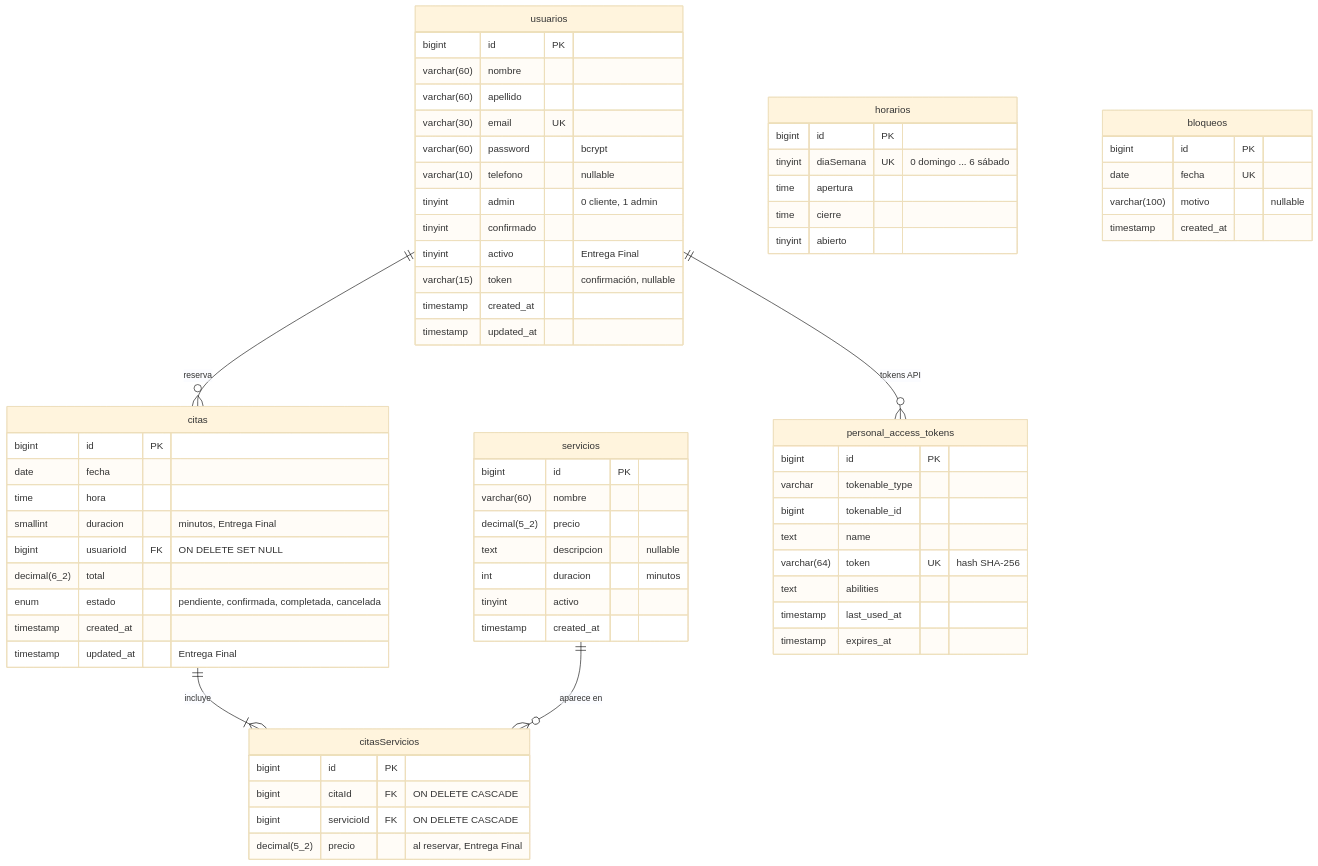
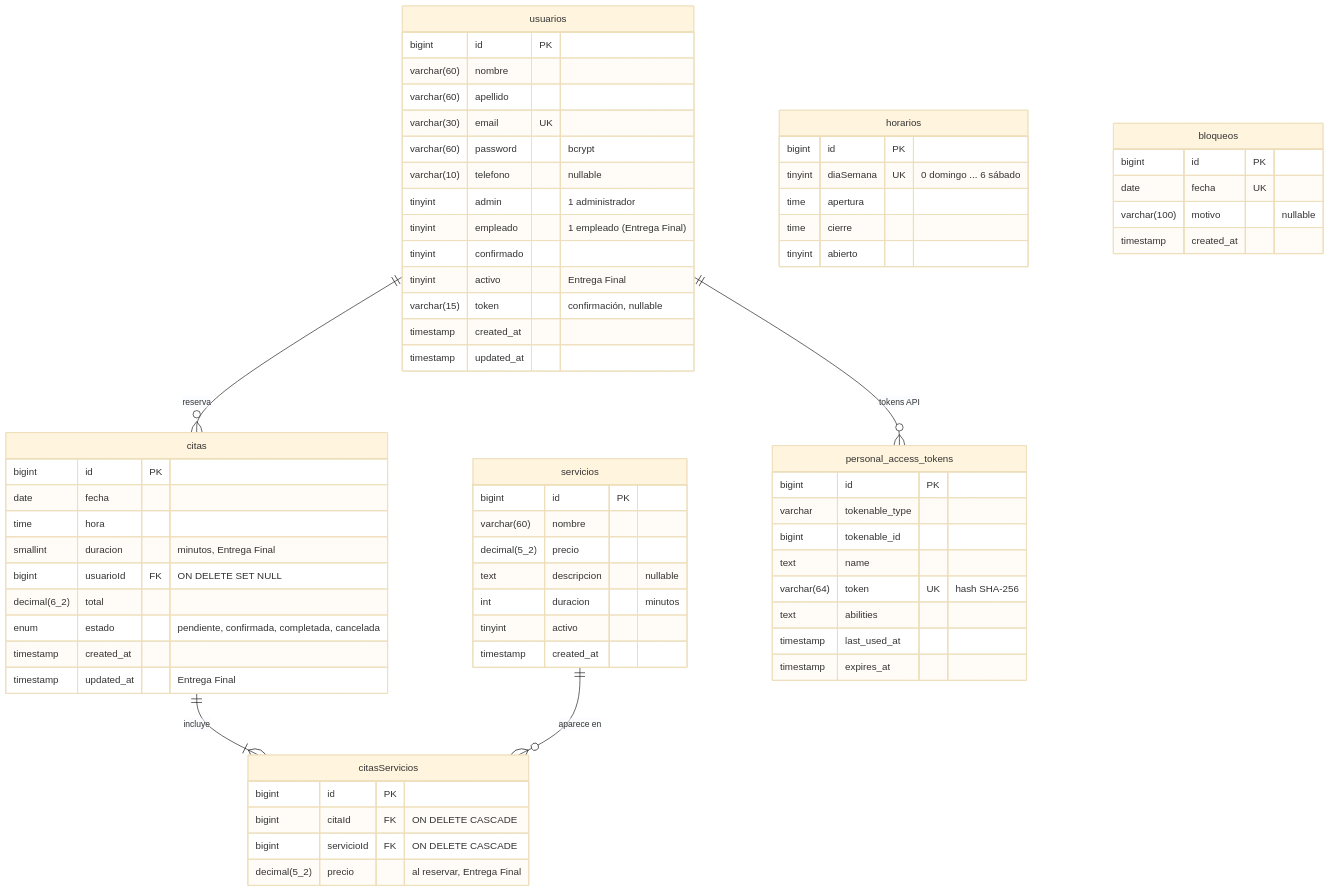
The third of 4 diagrams in docs/manual-tecnico.md (Breiner321/AppSalon), drawn with Mermaid (base theme) before and after one commit. The commit also changed other lines of this file and 43 other files, not shown here.

First line of the commit message:
feat: completar la rúbrica de la Entrega Final

````diff
--- a/docs/manual-tecnico.md
+++ b/docs/manual-tecnico.md
@@ -93,71 +93,72 @@
 ```mermaid
 erDiagram
     usuarios ||--o{ citas : "reserva"
     citas ||--|{ citasServicios : "incluye"
     servicios ||--o{ citasServicios : "aparece en"
     usuarios ||--o{ personal_access_tokens : "tokens API"
 
     usuarios {
         bigint id PK
         varchar(60) nombre
         varchar(60) apellido
         varchar(30) email UK
         varchar(60) password "bcrypt"
         varchar(10) telefono "nullable"
-        tinyint admin "0 cliente, 1 admin"
+        tinyint admin "1 administrador"
+        tinyint empleado "1 empleado (Entrega Final)"
         tinyint confirmado
         tinyint activo "Entrega Final"
         varchar(15) token "confirmación, nullable"
         timestamp created_at
         timestamp updated_at
     }
     servicios {
         bigint id PK
         varchar(60) nombre
         decimal(5_2) precio
         text descripcion "nullable"
         int duracion "minutos"
         tinyint activo
         timestamp created_at
     }
     citas {
         bigint id PK
         date fecha
         time hora
         smallint duracion "minutos, Entrega Final"
         bigint usuarioId FK "ON DELETE SET NULL"
         decimal(6_2) total
         enum estado "pendiente, confirmada, completada, cancelada"
         timestamp created_at
         timestamp updated_at "Entrega Final"
     }
     citasServicios {
         bigint id PK
         bigint citaId FK "ON DELETE CASCADE"
         bigint servicioId FK "ON DELETE CASCADE"
         decimal(5_2) precio "al reservar, Entrega Final"
     }
     horarios {
         bigint id PK
         tinyint diaSemana UK "0 domingo ... 6 sábado"
         time apertura
         time cierre
         tinyint abierto
     }
     bloqueos {
         bigint id PK
         date fecha UK
         varchar(100) motivo "nullable"
         timestamp created_at
     }
     personal_access_tokens {
         bigint id PK
         varchar tokenable_type
         bigint tokenable_id
         text name
         varchar(64) token UK "hash SHA-256"
         text abilities
         timestamp last_used_at
         timestamp expires_at
     }
 ```
````
